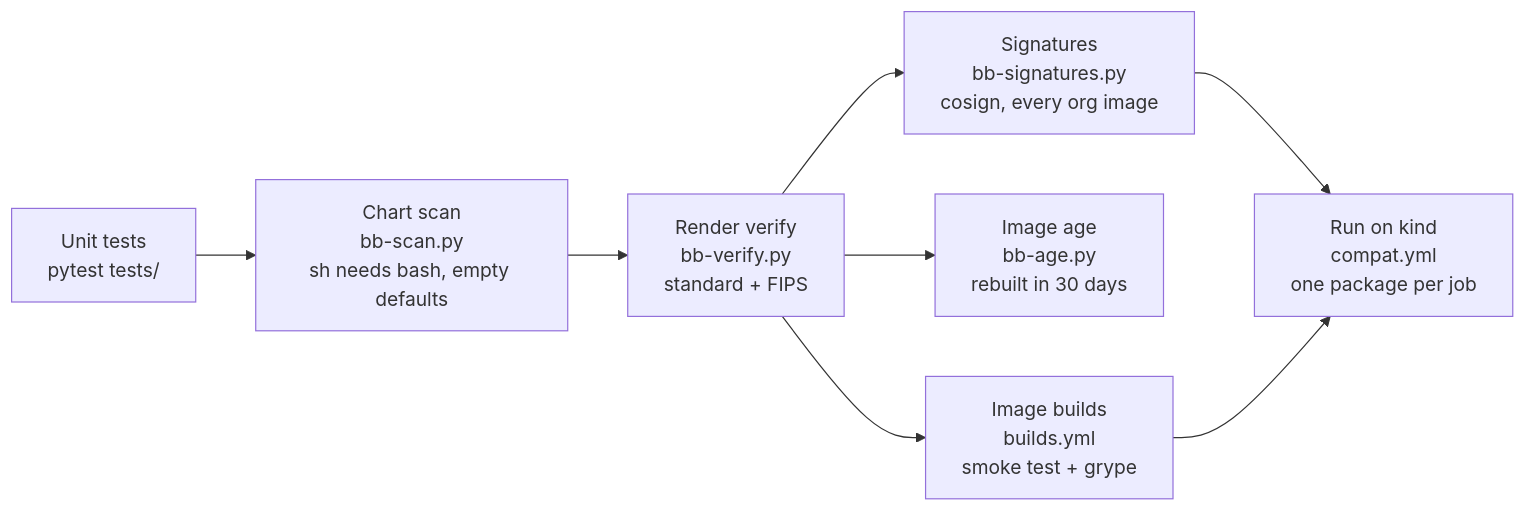
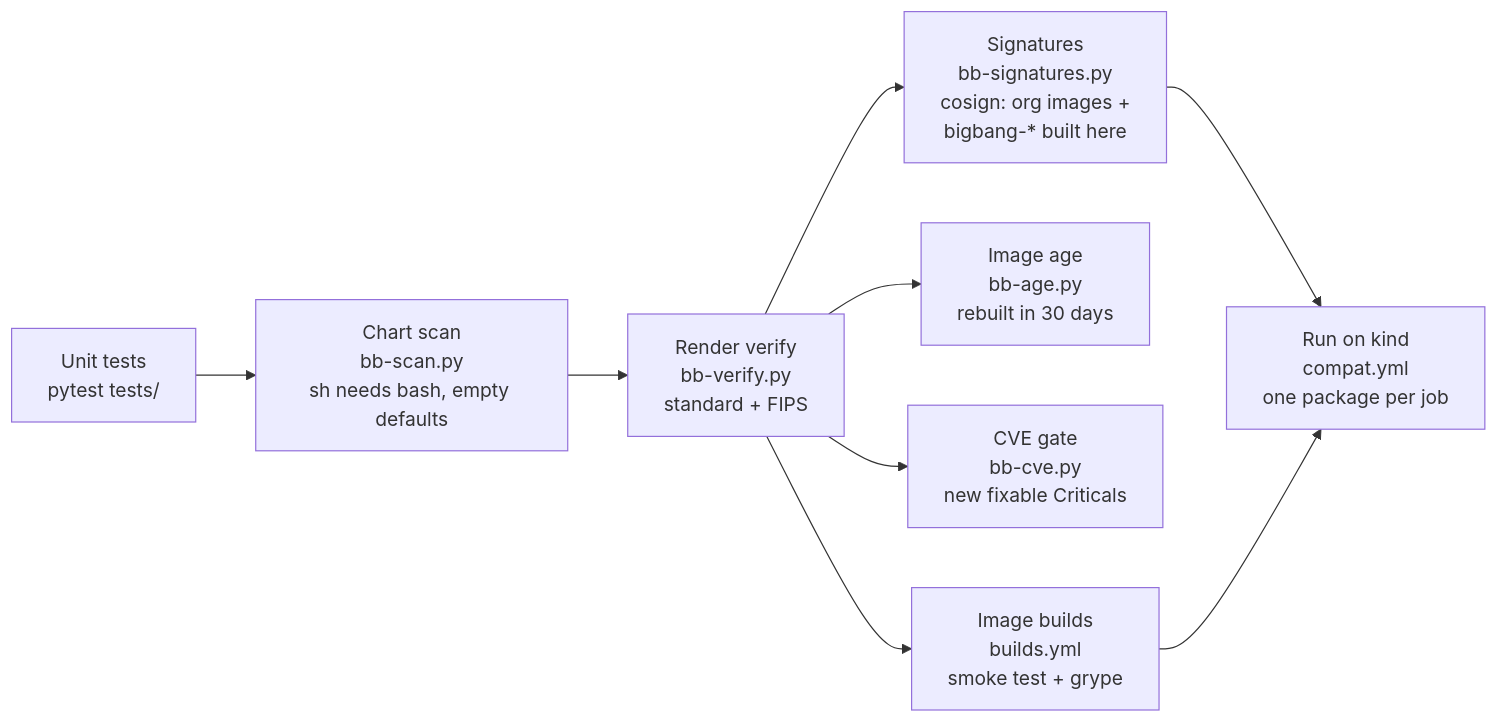
Before and after one commit to Zapata-Technology/bigbang-chainguard: the diagram in docs/testing.md, drawn with Mermaid. The commit also changed other lines of this file and 3 other files, not shown here.

First line of the commit message:
docs: bring the diagrams and docs up to date with this week's changes

````diff
--- a/docs/testing.md
+++ b/docs/testing.md
@@ -7,10 +7,11 @@
 ```mermaid
 flowchart LR
     U[Unit tests<br/>pytest tests/] --> SC[Chart scan<br/>bb-scan.py<br/>sh needs bash, empty defaults]
     SC --> V[Render verify<br/>bb-verify.py<br/>standard + FIPS]
-    V --> S[Signatures<br/>bb-signatures.py<br/>cosign, every org image]
+    V --> S[Signatures<br/>bb-signatures.py<br/>cosign: org images +<br/>bigbang-* built here]
     V --> AG[Image age<br/>bb-age.py<br/>rebuilt in 30 days]
+    V --> CV[CVE gate<br/>bb-cve.py<br/>new fixable Criticals]
     V --> B[Image builds<br/>builds.yml<br/>smoke test + grype]
     S --> C[Run on kind<br/>compat.yml<br/>one package per job]
     B --> C
 ```
````
